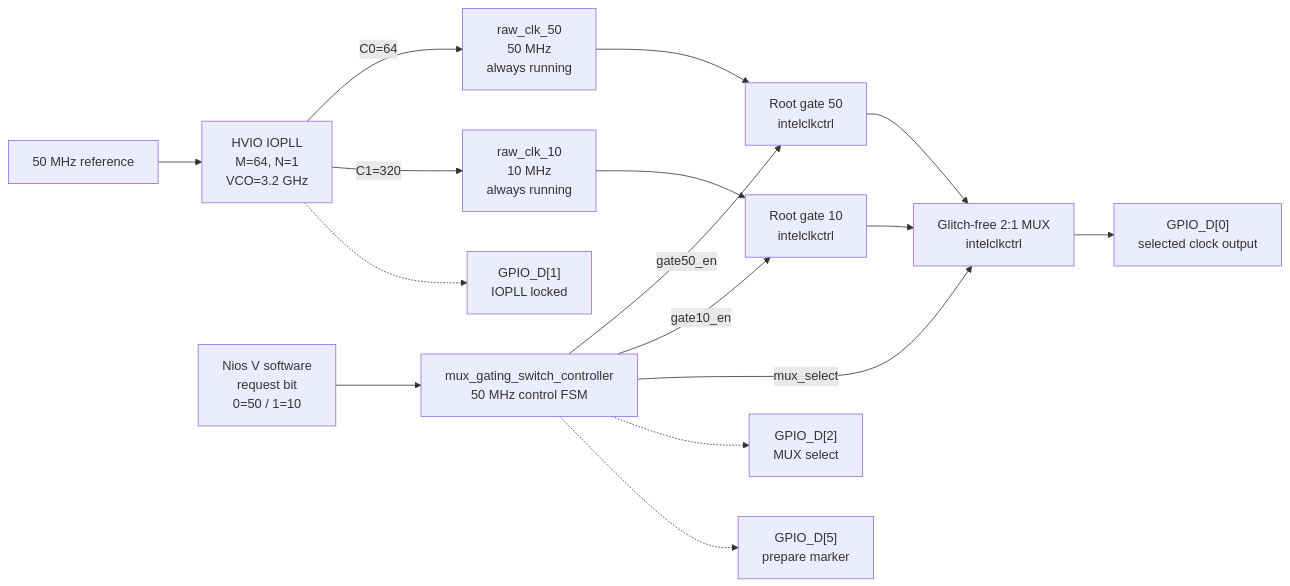
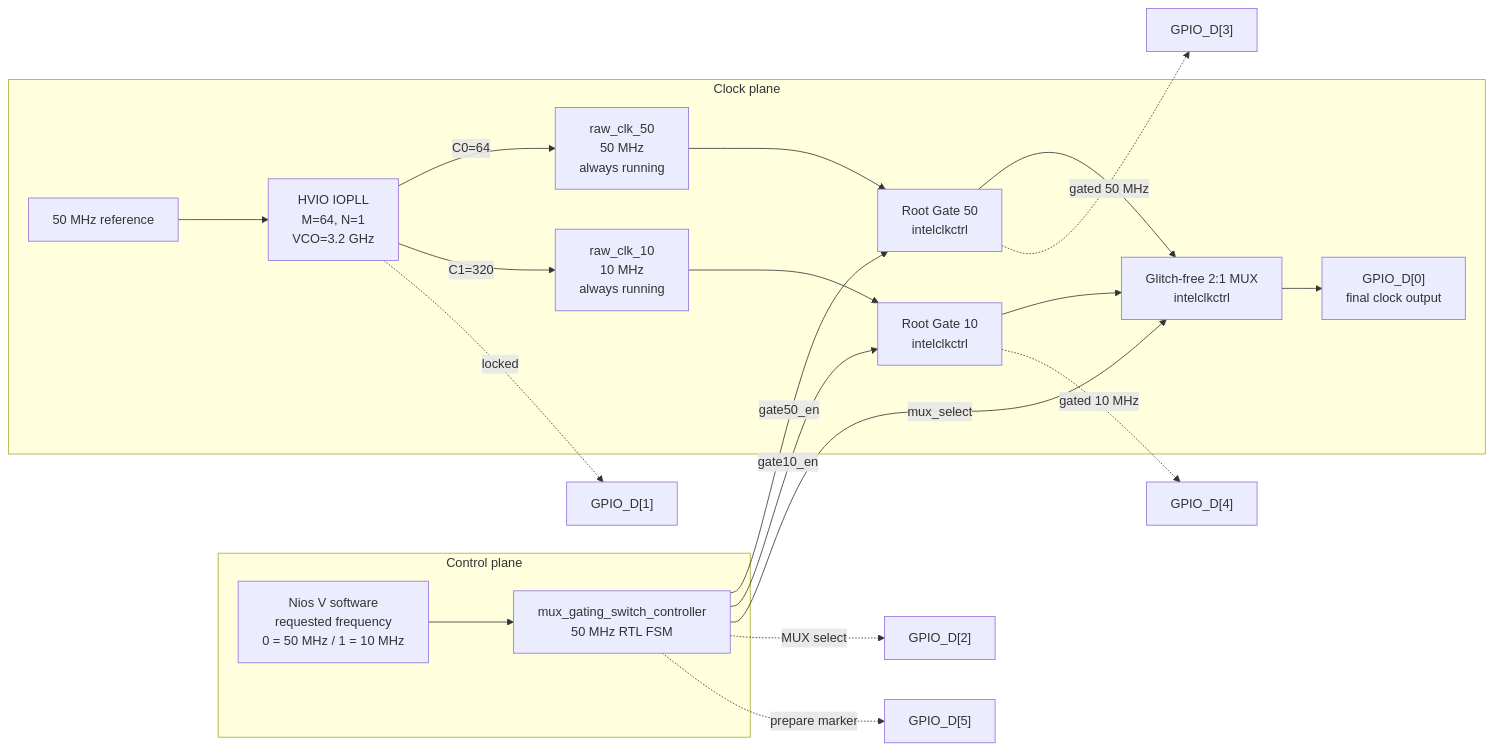
The first of 6 diagrams in README.md (Jiayhocoding/iopll_niosv_50_10_mux_gating), drawn with Mermaid before and after one commit. The commit also changed other lines of this file, not shown here.

````diff
--- a/README.md
+++ b/README.md
@@ -23,23 +44,29 @@
 ```mermaid
 flowchart LR
-    REF["50 MHz reference"] --> PLL["HVIO IOPLL<br/>M=64, N=1<br/>VCO=3.2 GHz"]
+    subgraph CP["Control plane"]
+        SW["Nios V software<br/>requested frequency<br/>0 = 50 MHz / 1 = 10 MHz"]
+        FSM["mux_gating_switch_controller<br/>50 MHz RTL FSM"]
+        SW --> FSM
+    end
 
-    PLL -->|"C0=64"| RAW50["raw_clk_50<br/>50 MHz<br/>always running"]
-    PLL -->|"C1=320"| RAW10["raw_clk_10<br/>10 MHz<br/>always running"]
+    subgraph KP["Clock plane"]
+        REF["50 MHz reference"] --> PLL["HVIO IOPLL<br/>M=64, N=1<br/>VCO=3.2 GHz"]
+        PLL -->|"C0=64"| RAW50["raw_clk_50<br/>50 MHz<br/>always running"]
+        PLL -->|"C1=320"| RAW10["raw_clk_10<br/>10 MHz<br/>always running"]
+        RAW50 --> G50["Root Gate 50<br/>intelclkctrl"]
+        RAW10 --> G10["Root Gate 10<br/>intelclkctrl"]
+        G50 --> MUX["Glitch-free 2:1 MUX<br/>intelclkctrl"]
+        G10 --> MUX
+        MUX --> OUT["GPIO_D[0]<br/>final clock output"]
+    end
 
-    RAW50 --> G50["Root gate 50<br/>intelclkctrl"]
-    RAW10 --> G10["Root gate 10<br/>intelclkctrl"]
+    FSM -->|"gate50_en"| G50
+    FSM -->|"gate10_en"| G10
+    FSM -->|"mux_select"| MUX
 
-    G50 --> MUX["Glitch-free 2:1 MUX<br/>intelclkctrl"]
-    G10 --> MUX
-    MUX --> OUT["GPIO_D[0]<br/>selected clock output"]
-
-    SW["Nios V software<br/>request bit<br/>0=50 / 1=10"] --> CTRL["mux_gating_switch_controller<br/>50 MHz control FSM"]
-    CTRL -->|"gate50_en"| G50
-    CTRL -->|"gate10_en"| G10
-    CTRL -->|"mux_select"| MUX
-
-    PLL -.-> LOCK["GPIO_D[1]<br/>IOPLL locked"]
-    CTRL -.-> SEL["GPIO_D[2]<br/>MUX select"]
-    CTRL -.-> PREP["GPIO_D[5]<br/>prepare marker"]
+    PLL -. "locked" .-> LOCK["GPIO_D[1]"]
+    FSM -. "MUX select" .-> SEL["GPIO_D[2]"]
+    G50 -. "gated 50 MHz" .-> D3["GPIO_D[3]"]
+    G10 -. "gated 10 MHz" .-> D4["GPIO_D[4]"]
+    FSM -. "prepare marker" .-> D5["GPIO_D[5]"]
 ```
````
